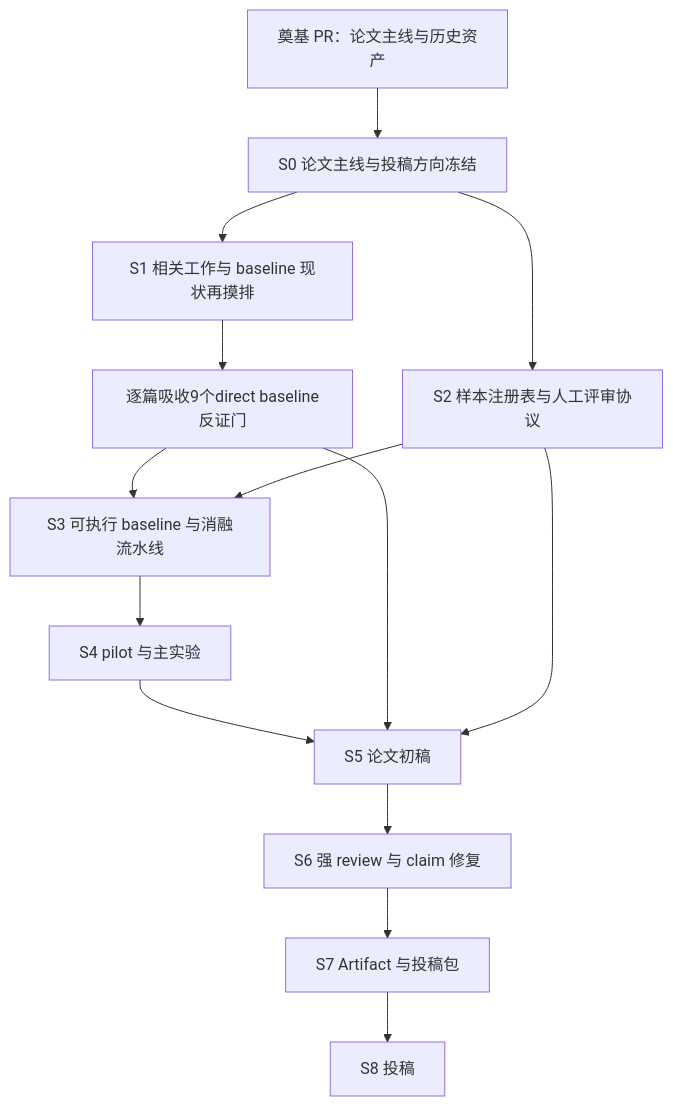
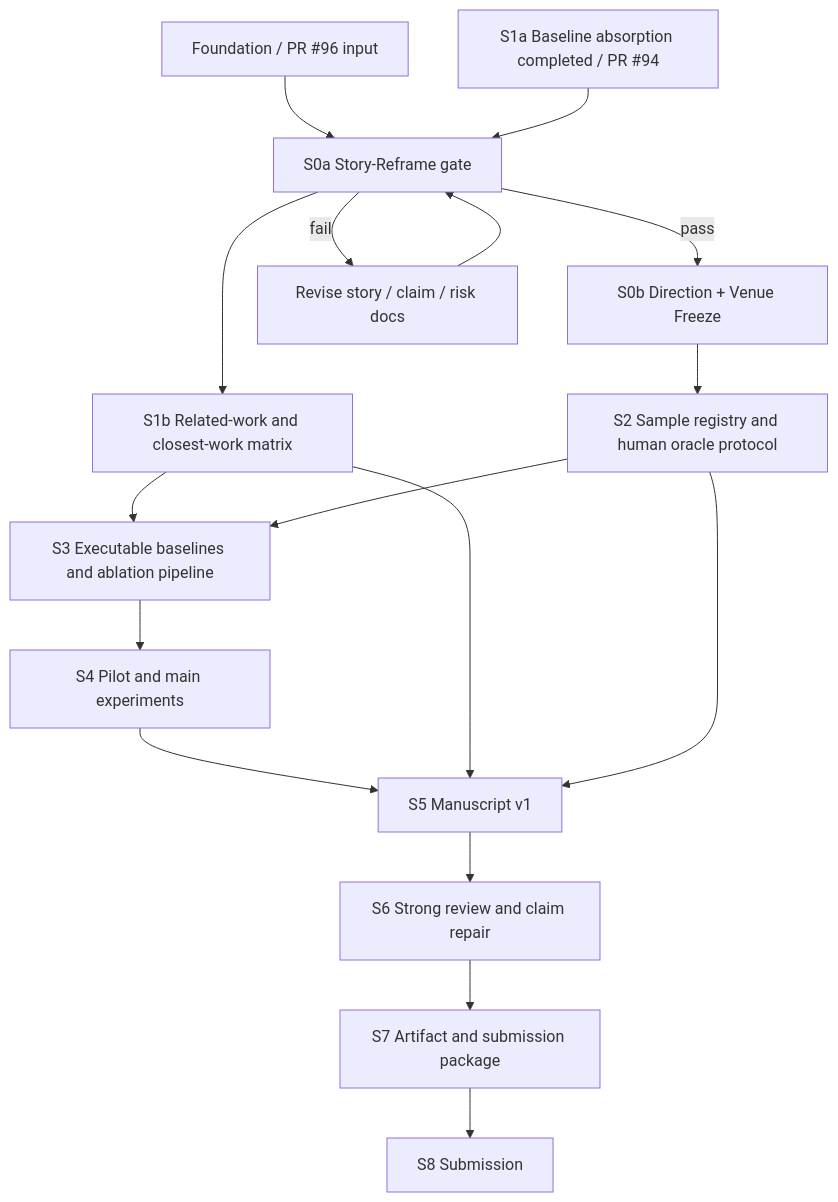
Before and after one commit to HansBug/research_ideas: the diagram in project_1_llm_state_machine_modeling/paper_v1/path1_foundation/experiment_design/execution_plan.md, drawn with Mermaid. The commit also changed other lines of this file and 14 other files, not shown here.

````diff
--- a/project_1_llm_state_machine_modeling/paper_v1/path1_foundation/experiment_design/execution_plan.md
+++ b/project_1_llm_state_machine_modeling/paper_v1/path1_foundation/experiment_design/execution_plan.md
@@ -25,16 +36,19 @@
 ```mermaid
 flowchart TD
-  A[奠基 PR：论文主线与历史资产] --> B[S0 论文主线与投稿方向冻结]
-  B --> C[S1 相关工作与 baseline 现状再摸排]
-  C --> C2[逐篇吸收9个direct baseline反证门]
-  B --> D[S2 样本注册表与人工评审协议]
-  C2 --> E[S3 可执行 baseline 与消融流水线]
-  D --> E
-  E --> F[S4 pilot 与主实验]
-  F --> G[S5 论文初稿]
-  C2 --> G
-  D --> G
-  G --> H[S6 强 review 与 claim 修复]
-  H --> I[S7 Artifact 与投稿包]
-  I --> J[S8 投稿]
+  A[Foundation / PR #96 input] --> B[S0a Story-Reframe gate]
+  B -->|pass| C[S0b Direction + Venue Freeze]
+  B -->|fail| B2[Revise story / claim / risk docs]
+  B2 --> B
+  S1A[S1a Baseline absorption completed / PR #94] --> B
+  B --> E[S1b Related-work and closest-work matrix]
+  C --> F[S2 Sample registry and human oracle protocol]
+  E --> G[S3 Executable baselines and ablation pipeline]
+  F --> G
+  G --> H[S4 Pilot and main experiments]
+  H --> I[S5 Manuscript v1]
+  E --> I
+  F --> I
+  I --> J[S6 Strong review and claim repair]
+  J --> K[S7 Artifact and submission package]
+  K --> L[S8 Submission]
 ```
````
